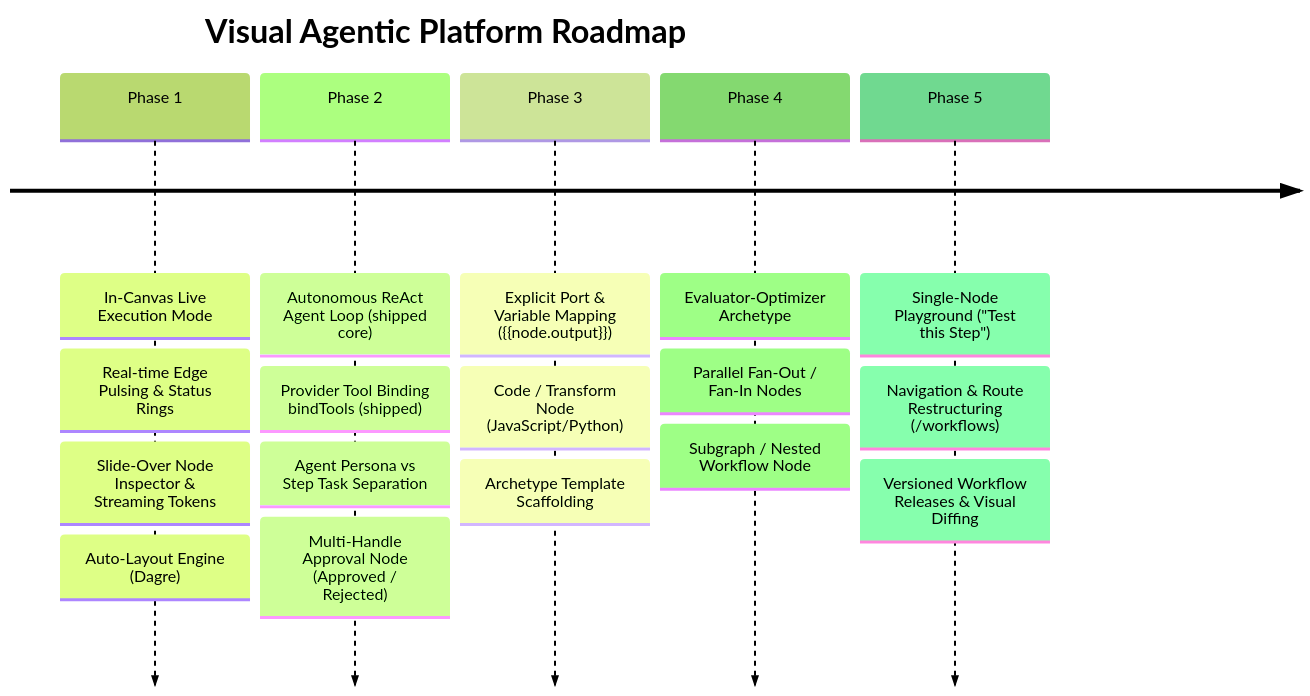
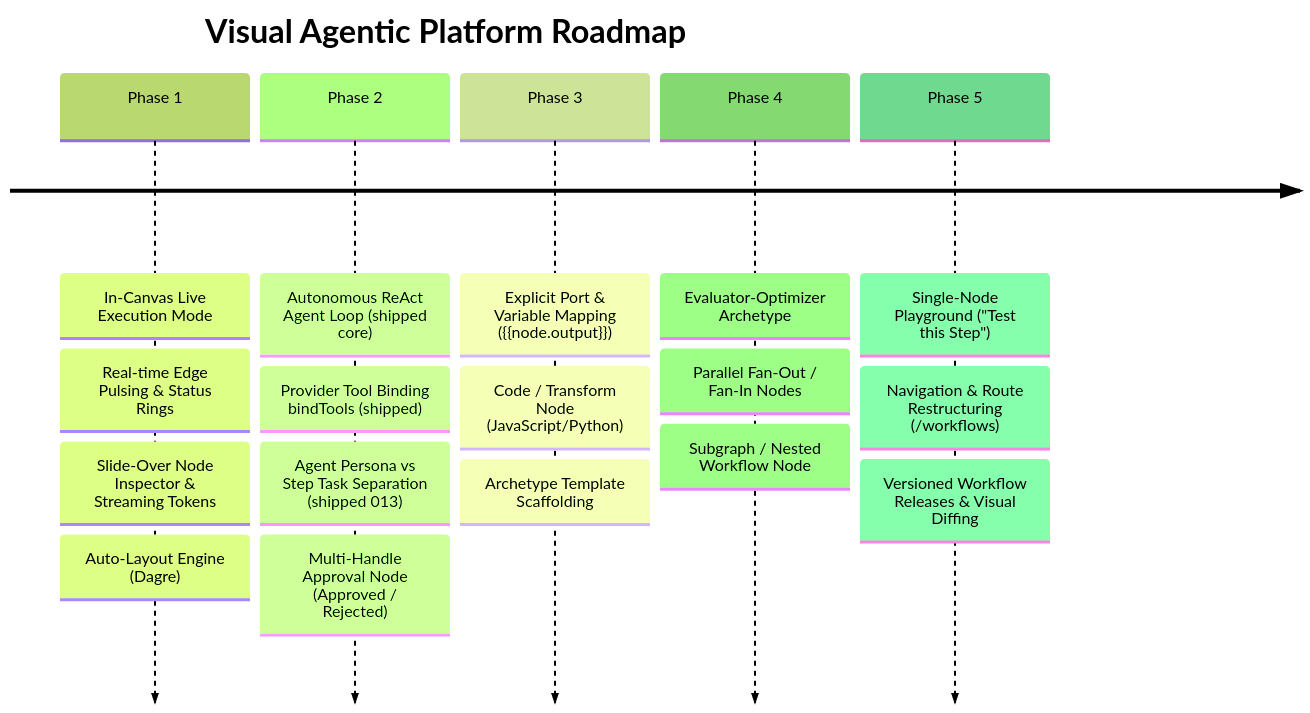
Before and after one commit to Itshossein128/multi-agent: the second of 2 diagrams in docs/visual-platform-recommendations.md, drawn with Mermaid (forest theme). The commit also changed other lines of this file and 34 other files, not shown here.

First line of the commit message:
feat(agent): implement independent agent configuration per workflow step

````diff
--- a/docs/visual-platform-recommendations.md
+++ b/docs/visual-platform-recommendations.md
@@ -229,21 +203,21 @@
 ```mermaid
 timeline
     title Visual Agentic Platform Roadmap
     Phase 1 : In-Canvas Live Execution Mode
             : Real-time Edge Pulsing & Status Rings
             : Slide-Over Node Inspector & Streaming Tokens
             : Auto-Layout Engine (Dagre)
     Phase 2 : Autonomous ReAct Agent Loop (shipped core)
             : Provider Tool Binding bindTools (shipped)
-            : Agent Persona vs Step Task Separation
+            : Agent Persona vs Step Task Separation (shipped 013)
             : Multi-Handle Approval Node (Approved / Rejected)
     Phase 3 : Explicit Port & Variable Mapping ({{node.output}})
             : Code / Transform Node (JavaScript/Python)
             : Archetype Template Scaffolding
     Phase 4 : Evaluator-Optimizer Archetype
             : Parallel Fan-Out / Fan-In Nodes
             : Subgraph / Nested Workflow Node
     Phase 5 : Single-Node Playground ("Test this Step")
             : Navigation & Route Restructuring (/workflows)
             : Versioned Workflow Releases & Visual Diffing
 ```
````
